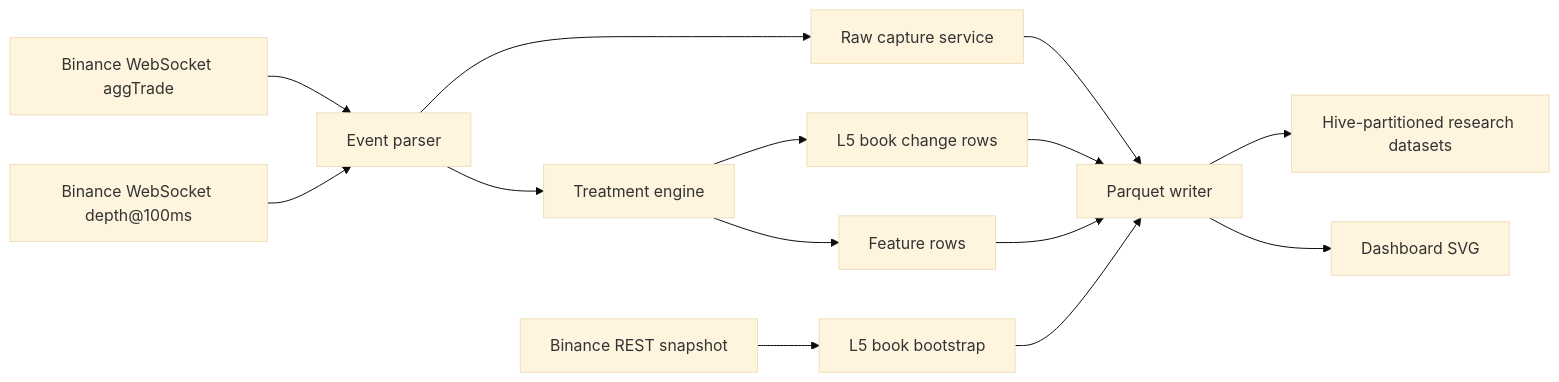
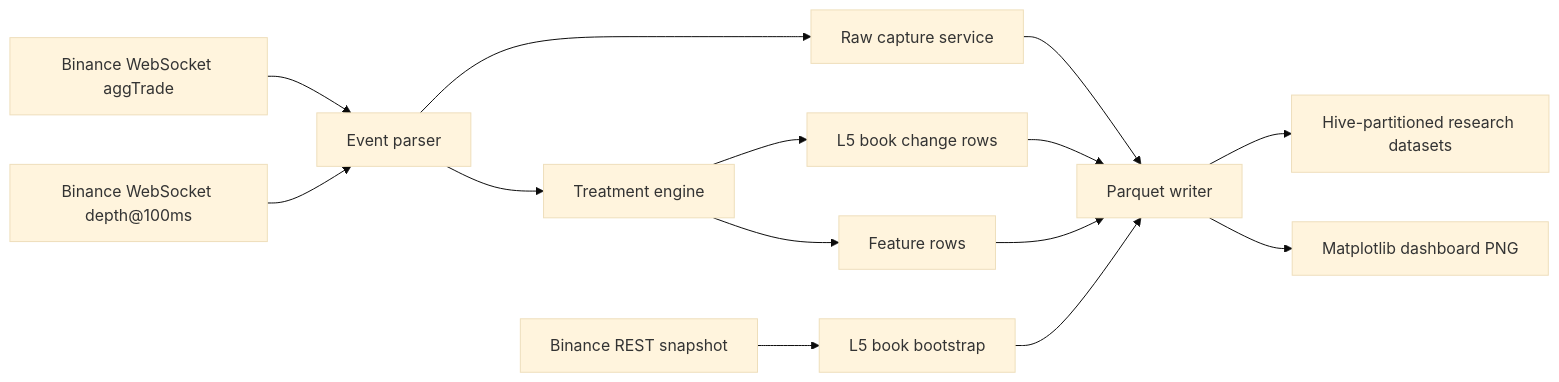
Before and after one commit to emschutt/crypto-market-data-research-engine: the diagram in README.md, drawn with Mermaid (base theme). The commit also changed other lines of this file and 11 other files, not shown here.

Commit message:
Add clean matplotlib dashboard

````diff
--- a/README.md
+++ b/README.md
@@ -25,16 +25,16 @@
 ```mermaid
 flowchart LR
     A[Binance REST snapshot] --> B[L5 book bootstrap]
     C[Binance WebSocket aggTrade] --> D[Event parser]
     E[Binance WebSocket depth@100ms] --> D
     D --> F[Raw capture service]
     D --> G[Treatment engine]
     G --> H[L5 book change rows]
     G --> I[Feature rows]
     F --> J[Parquet writer]
     H --> J
     I --> J
     B --> J
     J --> K[Hive-partitioned research datasets]
-    J --> L[Dashboard SVG]
+    J --> L[Matplotlib dashboard PNG]
 ```
````
